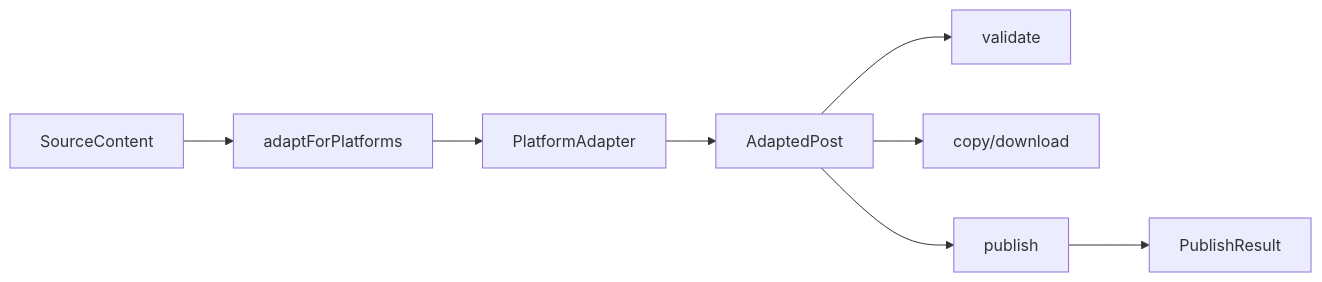
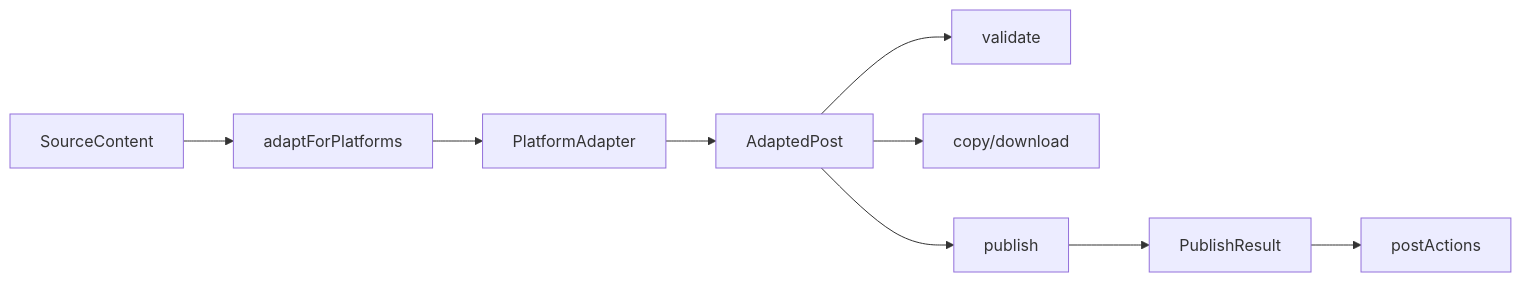
One commit to blue1y2s/all-right changed the diagram in docs/ARCHITECTURE.md. Above: the diagram before and after it, drawn with Mermaid. The commit also changed other lines of this file and 12 other files, not shown here.

````diff
--- a/docs/ARCHITECTURE.md
+++ b/docs/ARCHITECTURE.md
@@ -7,10 +7,11 @@
 ```mermaid
 flowchart LR
   A["SourceContent"] --> B["adaptForPlatforms"]
   B --> C["PlatformAdapter"]
   C --> D["AdaptedPost"]
   D --> E["validate"]
   D --> F["copy/download"]
   D --> G["publish"]
   G --> H["PublishResult"]
+  H --> I["postActions"]
 ```
````
